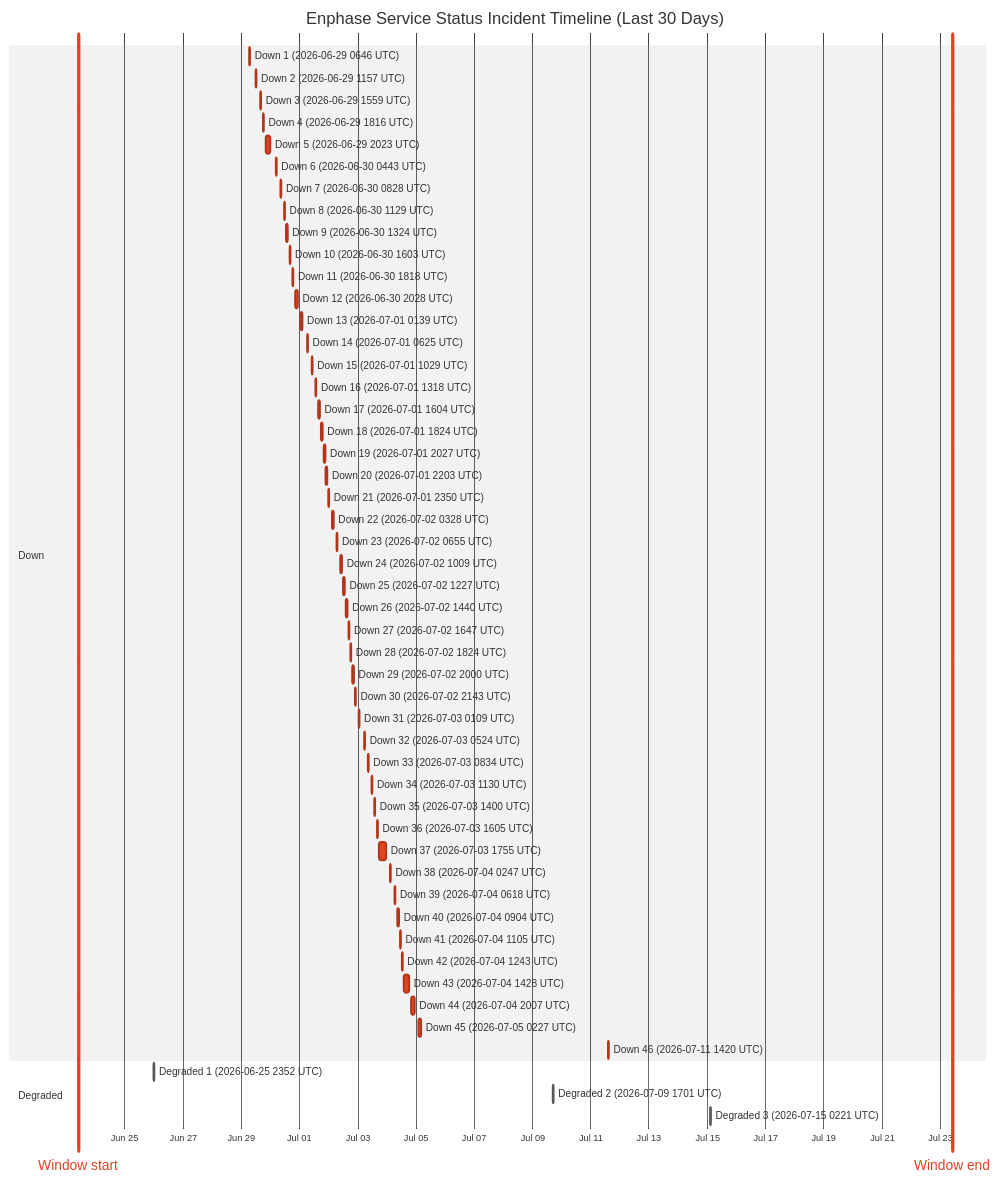
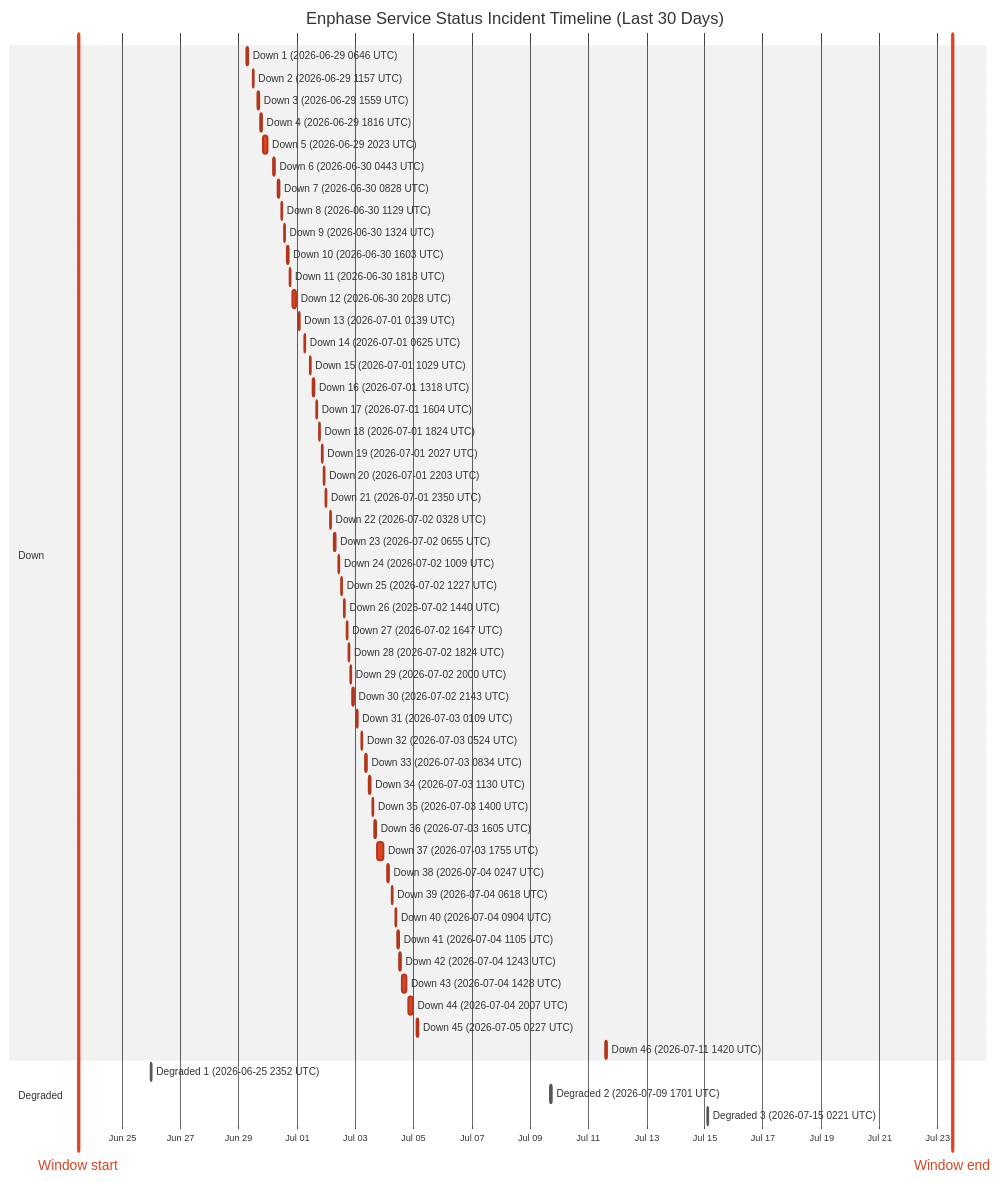
The diagram in wiki/Service-Status-History.md (barneyonline/ha-enphase-energy), drawn with Mermaid (neutral theme) before and after one commit. The commit also changed other lines of this file and 3 other files, not shown here.

````diff
--- a/wiki/Service-Status-History.md
+++ b/wiki/Service-Status-History.md
@@ -14,59 +14,59 @@
 ```mermaid
 gantt
     title Enphase Service Status Incident Timeline (Last 30 Days)
     dateFormat  YYYY-MM-DDTHH:mm:ss
     axisFormat  %b %d
-    Window start :vert, window-start, 2026-06-23T09:56:51, 0ms
-    Window end :vert, window-end, 2026-07-23T09:56:51, 0ms
+    Window start :vert, window-start, 2026-06-23T11:51:47, 0ms
+    Window end :vert, window-end, 2026-07-23T11:51:47, 0ms
     section Down
     Down 1 (2026-06-29 0646 UTC) :crit, down-1, 2026-06-29T06:46:18, 60m
     Down 2 (2026-06-29 1157 UTC) :crit, down-2, 2026-06-29T11:57:36, 60m
     Down 3 (2026-06-29 1559 UTC) :crit, down-3, 2026-06-29T15:59:02, 60m
     Down 4 (2026-06-29 1816 UTC) :crit, down-4, 2026-06-29T18:16:38, 60m
     Down 5 (2026-06-29 2023 UTC) :crit, down-5, 2026-06-29T20:23:16, 220m
     Down 6 (2026-06-30 0443 UTC) :crit, down-6, 2026-06-30T04:43:54, 60m
     Down 7 (2026-06-30 0828 UTC) :crit, down-7, 2026-06-30T08:28:43, 60m
     Down 8 (2026-06-30 1129 UTC) :crit, down-8, 2026-06-30T11:29:15, 60m
     Down 9 (2026-06-30 1324 UTC) :crit, down-9, 2026-06-30T13:24:25, 60m
     Down 10 (2026-06-30 1603 UTC) :crit, down-10, 2026-06-30T16:03:26, 60m
     Down 11 (2026-06-30 1818 UTC) :crit, down-11, 2026-06-30T18:18:39, 60m
     Down 12 (2026-06-30 2028 UTC) :crit, down-12, 2026-06-30T20:28:54, 171m
     Down 13 (2026-07-01 0139 UTC) :crit, down-13, 2026-07-01T01:39:18, 60m
     Down 14 (2026-07-01 0625 UTC) :crit, down-14, 2026-07-01T06:25:35, 60m
     Down 15 (2026-07-01 1029 UTC) :crit, down-15, 2026-07-01T10:29:24, 60m
     Down 16 (2026-07-01 1318 UTC) :crit, down-16, 2026-07-01T13:18:31, 60m
     Down 17 (2026-07-01 1604 UTC) :crit, down-17, 2026-07-01T16:04:29, 60m
     Down 18 (2026-07-01 1824 UTC) :crit, down-18, 2026-07-01T18:24:21, 60m
     Down 19 (2026-07-01 2027 UTC) :crit, down-19, 2026-07-01T20:27:17, 60m
     Down 20 (2026-07-01 2203 UTC) :crit, down-20, 2026-07-01T22:03:46, 60m
     Down 21 (2026-07-01 2350 UTC) :crit, down-21, 2026-07-01T23:50:52, 60m
     Down 22 (2026-07-02 0328 UTC) :crit, down-22, 2026-07-02T03:28:33, 60m
     Down 23 (2026-07-02 0655 UTC) :crit, down-23, 2026-07-02T06:55:07, 60m
     Down 24 (2026-07-02 1009 UTC) :crit, down-24, 2026-07-02T10:09:15, 60m
     Down 25 (2026-07-02 1227 UTC) :crit, down-25, 2026-07-02T12:27:49, 60m
     Down 26 (2026-07-02 1440 UTC) :crit, down-26, 2026-07-02T14:40:53, 60m
     Down 27 (2026-07-02 1647 UTC) :crit, down-27, 2026-07-02T16:47:47, 60m
     Down 28 (2026-07-02 1824 UTC) :crit, down-28, 2026-07-02T18:24:26, 60m
     Down 29 (2026-07-02 2000 UTC) :crit, down-29, 2026-07-02T20:00:57, 60m
     Down 30 (2026-07-02 2143 UTC) :crit, down-30, 2026-07-02T21:43:52, 80m
     Down 31 (2026-07-03 0109 UTC) :crit, down-31, 2026-07-03T01:09:19, 60m
     Down 32 (2026-07-03 0524 UTC) :crit, down-32, 2026-07-03T05:24:23, 60m
     Down 33 (2026-07-03 0834 UTC) :crit, down-33, 2026-07-03T08:34:05, 60m
     Down 34 (2026-07-03 1130 UTC) :crit, down-34, 2026-07-03T11:30:41, 60m
     Down 35 (2026-07-03 1400 UTC) :crit, down-35, 2026-07-03T14:00:48, 60m
     Down 36 (2026-07-03 1605 UTC) :crit, down-36, 2026-07-03T16:05:49, 60m
     Down 37 (2026-07-03 1755 UTC) :crit, down-37, 2026-07-03T17:55:54, 338m
     Down 38 (2026-07-04 0247 UTC) :crit, down-38, 2026-07-04T02:47:22, 60m
     Down 39 (2026-07-04 0618 UTC) :crit, down-39, 2026-07-04T06:18:09, 60m
     Down 40 (2026-07-04 0904 UTC) :crit, down-40, 2026-07-04T09:04:41, 60m
     Down 41 (2026-07-04 1105 UTC) :crit, down-41, 2026-07-04T11:05:21, 60m
     Down 42 (2026-07-04 1243 UTC) :crit, down-42, 2026-07-04T12:43:25, 60m
     Down 43 (2026-07-04 1428 UTC) :crit, down-43, 2026-07-04T14:28:07, 243m
     Down 44 (2026-07-04 2007 UTC) :crit, down-44, 2026-07-04T20:07:50, 206m
     Down 45 (2026-07-05 0227 UTC) :crit, down-45, 2026-07-05T02:27:32, 109m
     Down 46 (2026-07-11 1420 UTC) :crit, down-46, 2026-07-11T14:20:54, 69m
     section Degraded
     Degraded 1 (2026-06-25 2352 UTC) :active, degraded-1, 2026-06-25T23:52:01, 60m
     Degraded 2 (2026-07-09 1701 UTC) :active, degraded-2, 2026-07-09T17:01:02, 60m
     Degraded 3 (2026-07-15 0221 UTC) :active, degraded-3, 2026-07-15T02:21:35, 60m
 ```
````
